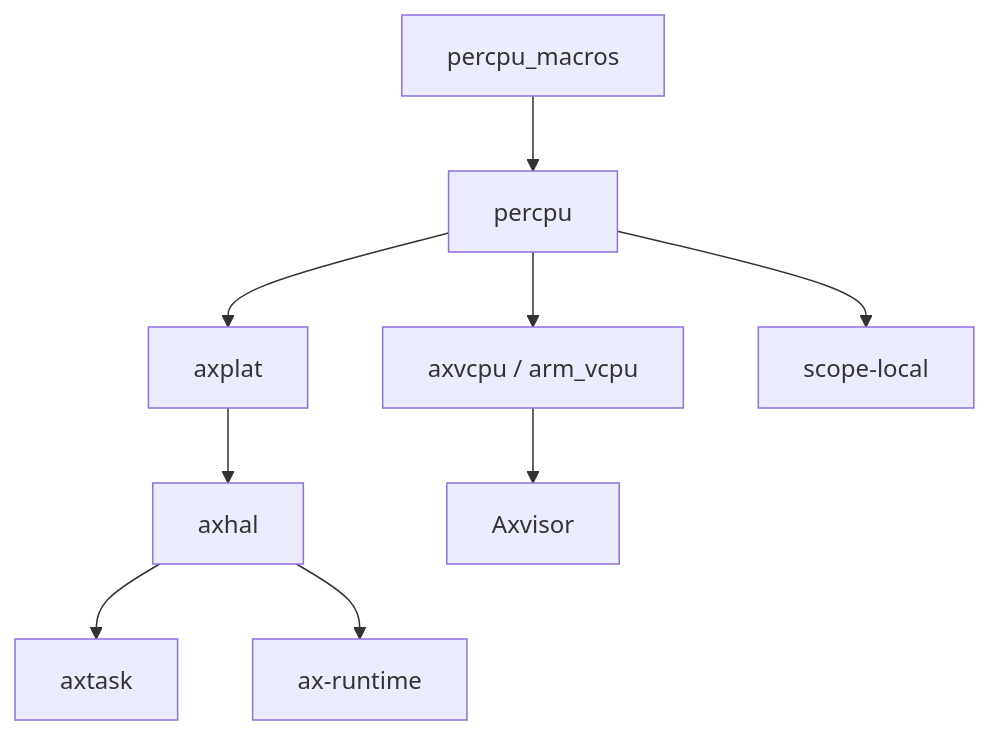
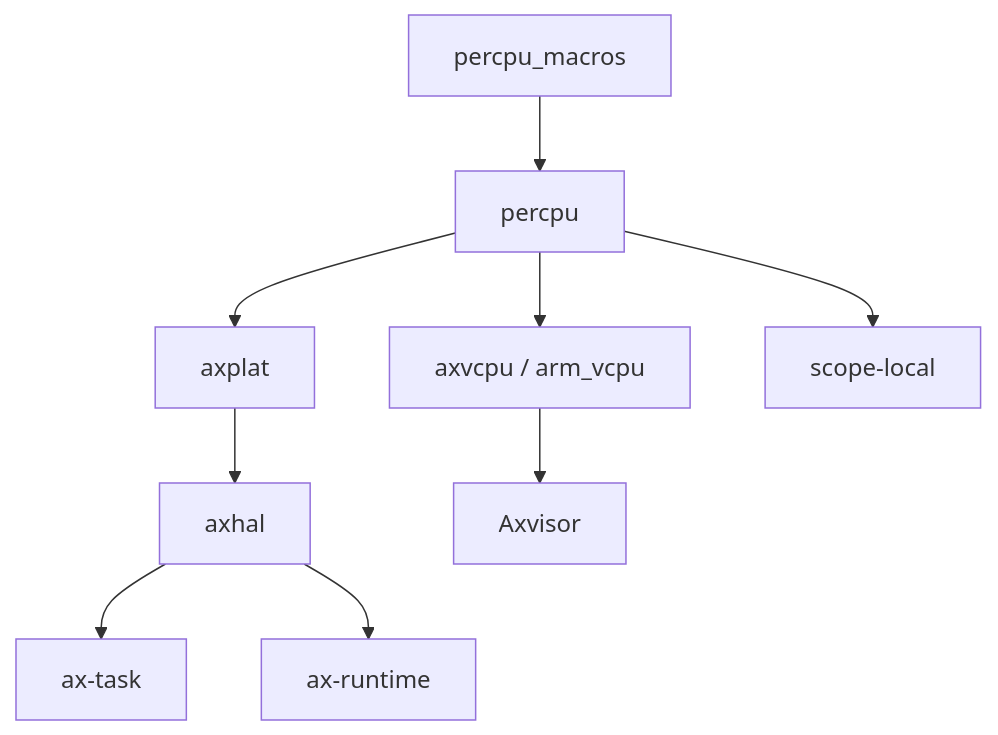
The diagram in docs/crates/percpu_macros.md (zKurisu/tgoskits), drawn with Mermaid before and after one commit. The commit also changed other lines of this file and 133 other files, not shown here.

Commit message:
rename axtask to ax-task

````diff
--- a/docs/crates/percpu_macros.md
+++ b/docs/crates/percpu_macros.md
@@ -168,11 +168,11 @@
 ```mermaid
 graph TD
     A[percpu_macros] --> B[percpu]
     B --> C[axplat]
     C --> D[axhal]
-    D --> E[axtask]
+    D --> E[ax-task]
     D --> F[ax-runtime]
     B --> G[axvcpu / arm_vcpu]
     B --> H[scope-local]
     G --> I[Axvisor]
 ```
````
